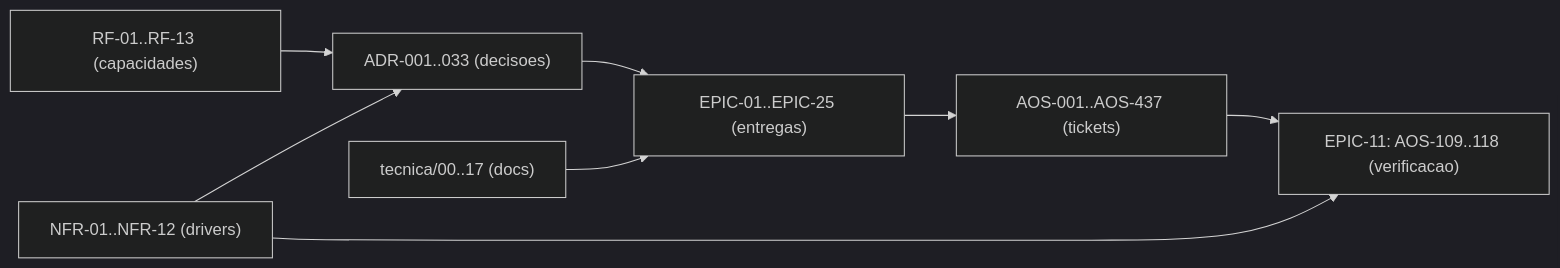
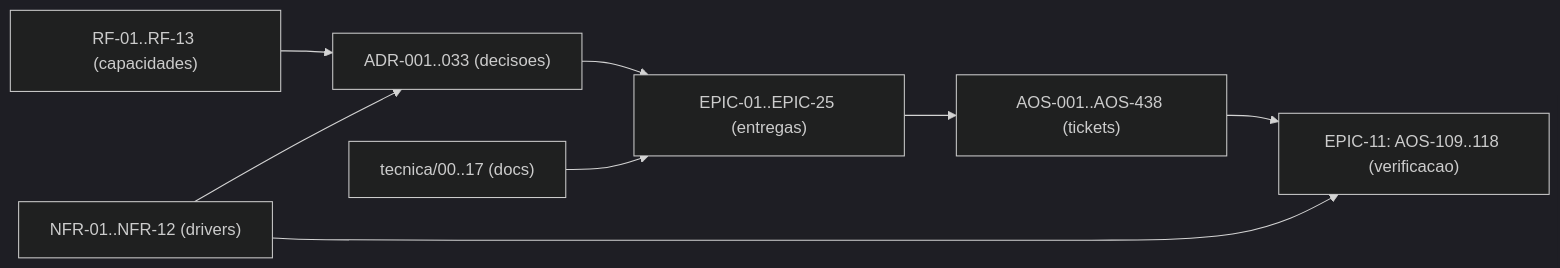
Before and after one commit to albinoJimy/aos: the diagram in tecnica/16_Rastreabilidade_RTM.md, drawn with Mermaid (dark theme). The commit also changed other lines of this file and 4 other files, not shown here.

````diff
--- a/tecnica/16_Rastreabilidade_RTM.md
+++ b/tecnica/16_Rastreabilidade_RTM.md
@@ -195,10 +195,10 @@
 ```mermaid
 flowchart LR
     RF["RF-01..RF-13 (capacidades)"] --> ADR["ADR-001..033 (decisoes)"]
     NFR["NFR-01..NFR-12 (drivers)"] --> ADR
     ADR --> EPIC["EPIC-01..EPIC-25 (entregas)"]
-    EPIC --> TICK["AOS-001..AOS-437 (tickets)"]
+    EPIC --> TICK["AOS-001..AOS-438 (tickets)"]
     DOC["tecnica/00..17 (docs)"] --> EPIC
     TICK --> TEST["EPIC-11: AOS-109..118 (verificacao)"]
     NFR --> TEST
 ```
````
